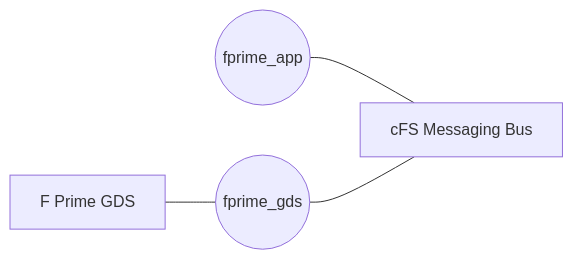
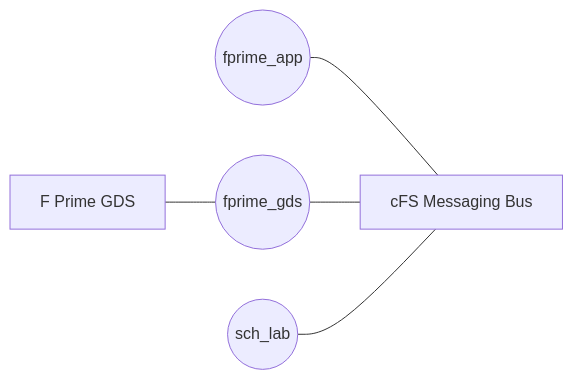
Before and after one commit to JPL-Devin/fprime_cfs_reference: the diagram in README.md, drawn with Mermaid. The commit also changed other lines of this file and 4 other files, not shown here.

Commit message:
Drive F Prime rate groups with the standard cFS sch_lab scheduler app

````diff
--- a/README.md
+++ b/README.md
@@ -9,6 +12,7 @@
 ```mermaid
 flowchart LR
     fprime_app(("fprime_app")) --- Bus[cFS Messaging Bus]
     fprime_gds(("fprime_gds")) --- Bus
+    sch_lab(("sch_lab")) --- Bus
     gds["F Prime GDS"] --- fprime_gds
 ```
````
